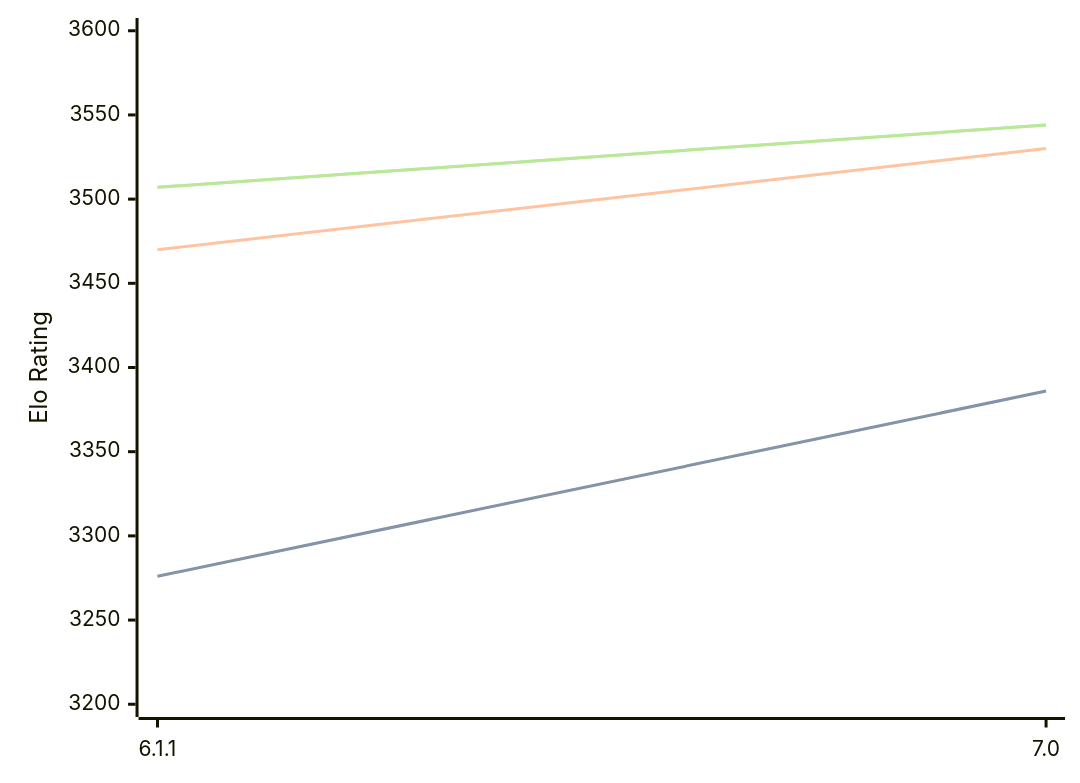
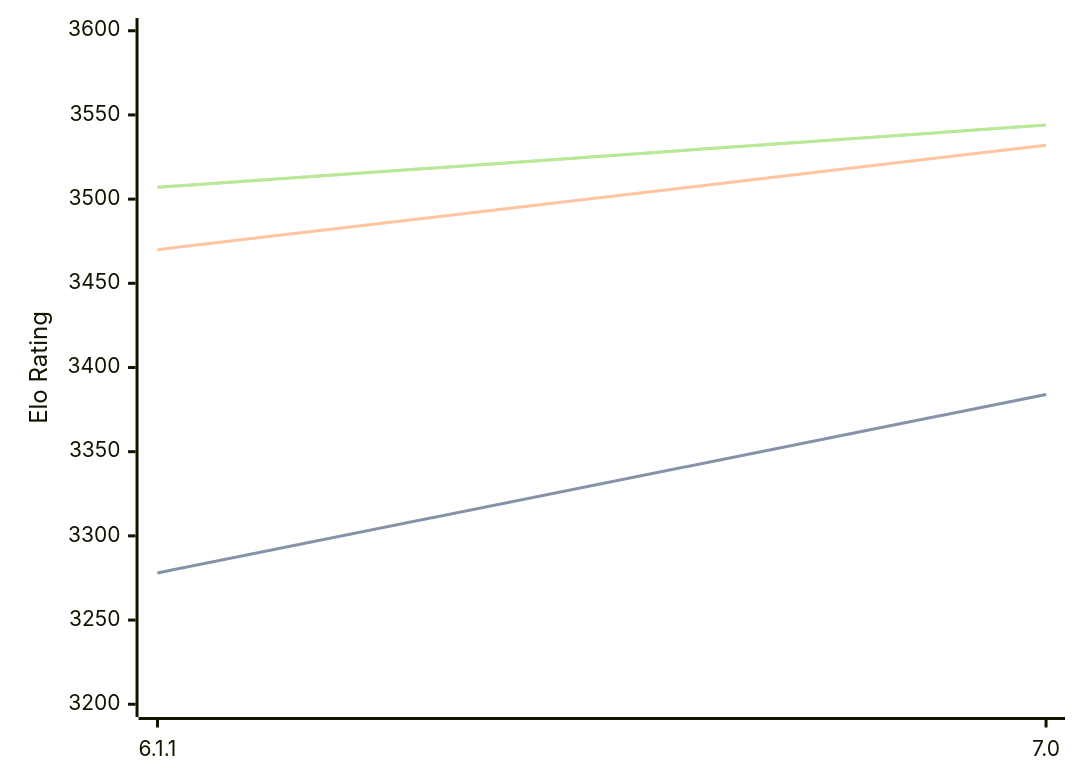
The diagram in engines/Astra.md (computer-chess-index/cci), drawn with Mermaid before and after one commit. The commit also changed other lines of this file, not shown here.

````diff
--- a/engines/Astra.md
+++ b/engines/Astra.md
@@ -32,11 +32,11 @@
 ```mermaid
 %%{init: {"theme":"base","themeVariables":{"seriesColors:['#a3a3a3','#222221','#faa371']}}}%%
 xychart-beta
   x-axis ["6.1.1", "7.0"]
   y-axis "Elo Rating" 3200 --> 3600
-  line "STC (8.0+0.08s)" [3276, 3386]
-  line "STC (8.0+0.08s)" [3276, 3386]
-  line "LTC (60.0+0.60s)" [3470, 3530]
+  line "STC (8.0+0.08s)" [3278, 3384]
+  line "STC (8.0+0.08s)" [3278, 3384]
+  line "LTC (60.0+0.60s)" [3470, 3532]
   line "VLTC (2m24s+1.12s)" [3507, 3544]
   line "VLTC (2m24s+1.12s)" [3507, 3544]
 ```
````
